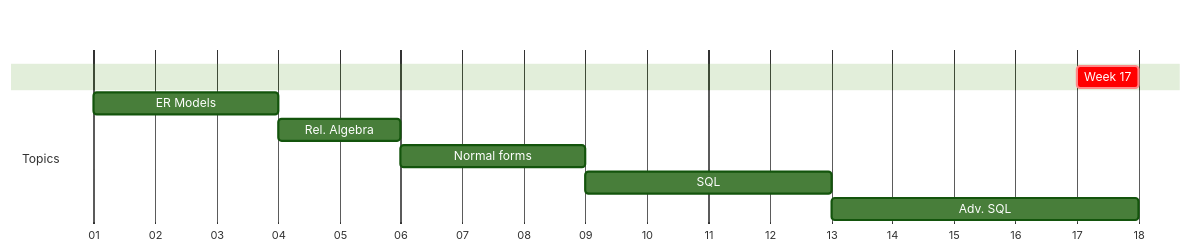
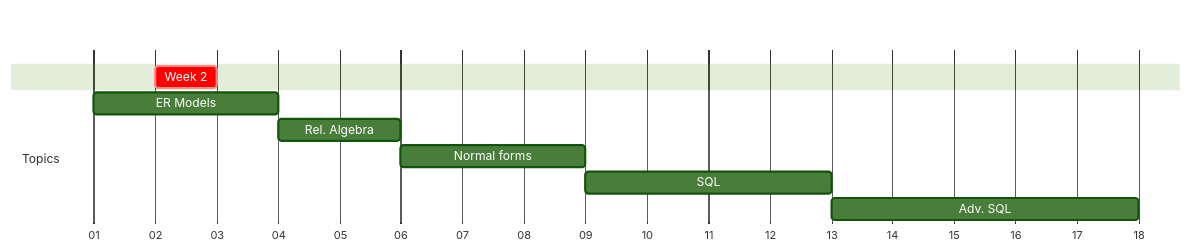
The diagram in fa2024/lectures/week-mermaid.mmd (lowkeylabs/cmsc408-course-admin), drawn with Mermaid (forest theme) before and after one commit. The commit also changed 97 other files, not shown here.

```diff
--- a/fa2024/lectures/week-mermaid.mmd
+++ b/fa2024/lectures/week-mermaid.mmd
@@ -1,14 +1,14 @@
 
 gantt
     dateFormat  M/DD/YYYY
     axisFormat  %W
 
     section    
-    Week 17 : crit, weekblock, 4/28/2024, 1w
+    Week 2 : crit, weekblock, 1/14/2024, 1w
 
     section Topics
     ER Models : m1, 1/7/2024, 3w
     Rel. Algebra: m4, after m1, 2w
     Normal forms: m5, after m4, 3w
     SQL : m6, after m5, 4w
     Adv. SQL: m7, after m6, 5w
```
